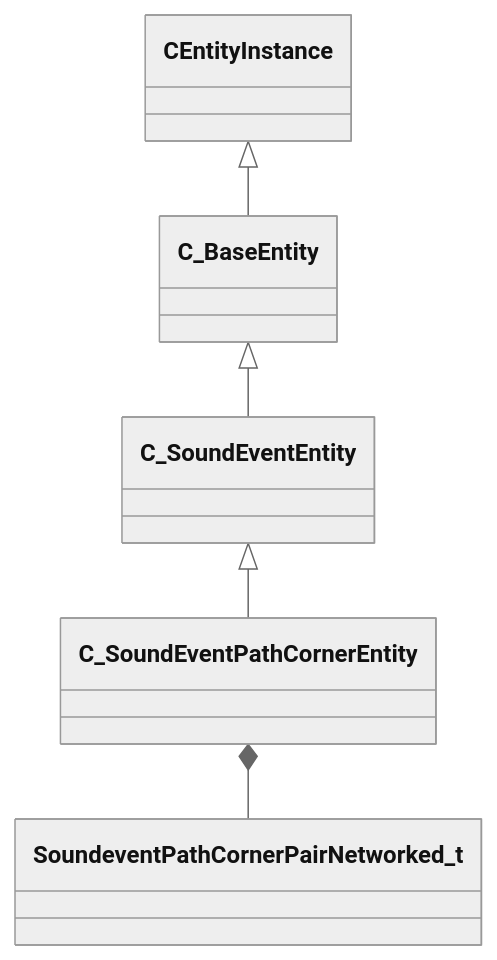
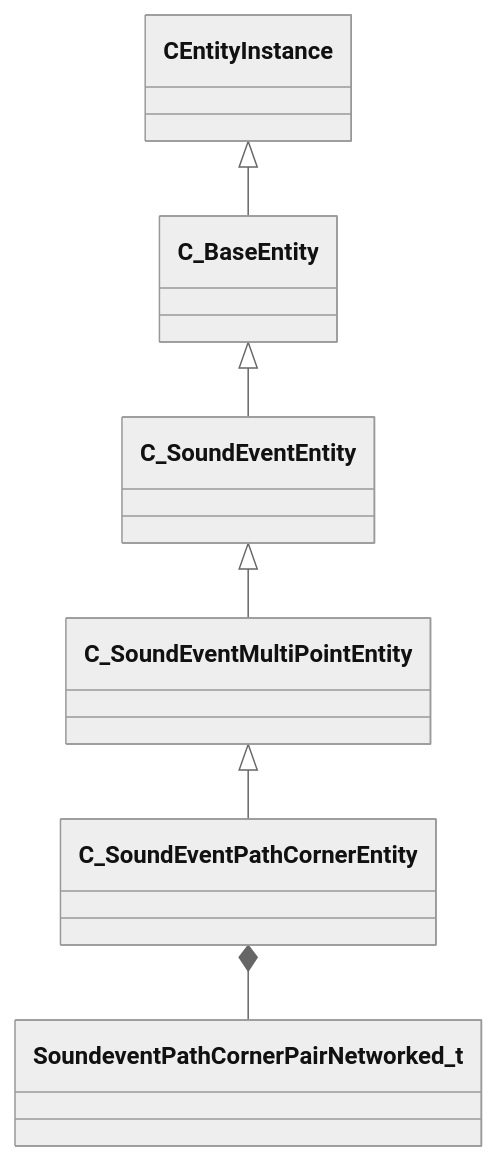
One commit to CS2OpenDev/CS2OpenDev-Docs changed the diagram in docs/generated/schemas/client/C_SoundEventPathCornerEntity.md. Above: the diagram before and after it, drawn with Mermaid (neutral theme). The commit also changed other lines of this file and 4654 other files, not shown here.

Commit message:
docs: regenerate for SchemaTracker build 25947352 [skip ci]

````diff
--- a/docs/generated/schemas/client/C_SoundEventPathCornerEntity.md
+++ b/docs/generated/schemas/client/C_SoundEventPathCornerEntity.md
@@ -19,7 +19,8 @@
 ```mermaid
 classDiagram
-    C_SoundEventEntity <|-- C_SoundEventPathCornerEntity
+    C_SoundEventMultiPointEntity <|-- C_SoundEventPathCornerEntity
+    C_SoundEventEntity <|-- C_SoundEventMultiPointEntity
     C_BaseEntity <|-- C_SoundEventEntity
     CEntityInstance <|-- C_BaseEntity
     C_SoundEventPathCornerEntity *-- SoundeventPathCornerPairNetworked_t
 ```
````
